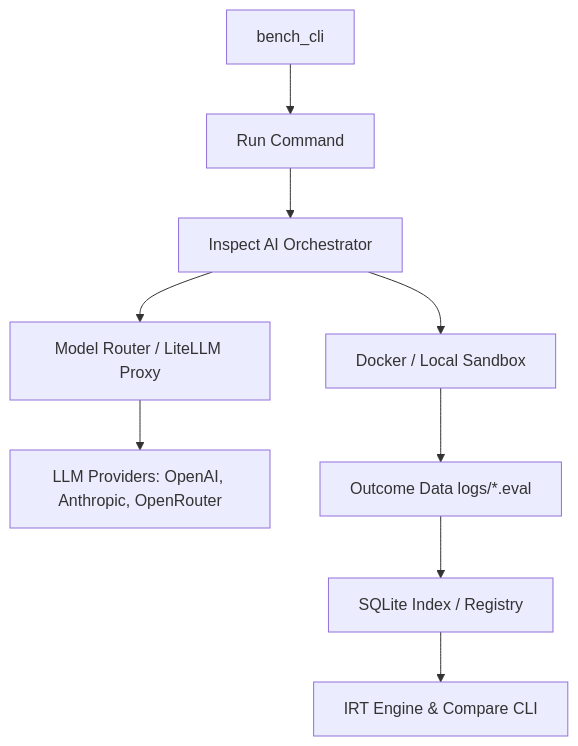
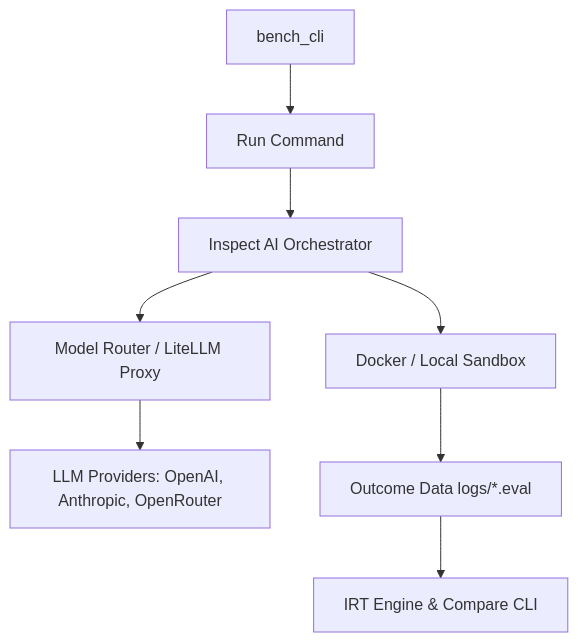
One commit to taasaa/bench changed the diagram in docs/ARCHITECTURE.md. Above: the diagram before and after it, drawn with Mermaid. The commit also changed other lines of this file and 10 other files, not shown here.

````diff
--- a/docs/ARCHITECTURE.md
+++ b/docs/ARCHITECTURE.md
@@ -11,11 +11,10 @@
 ```mermaid
 graph TD
     CLI[bench_cli] --> Run[Run Command]
     Run --> Inspect[Inspect AI Orchestrator]
     Inspect --> Sandbox[Docker / Local Sandbox]
     Inspect --> ModelRoute[Model Router / LiteLLM Proxy]
     ModelRoute --> API[LLM Providers: OpenAI, Anthropic, OpenRouter]
     Sandbox --> Outcome[Outcome Data logs/*.eval]
-    Outcome --> Index[SQLite Index / Registry]
-    Index --> Analytics[IRT Engine & Compare CLI]
+    Outcome --> Analytics[IRT Engine & Compare CLI]
 ```
````
